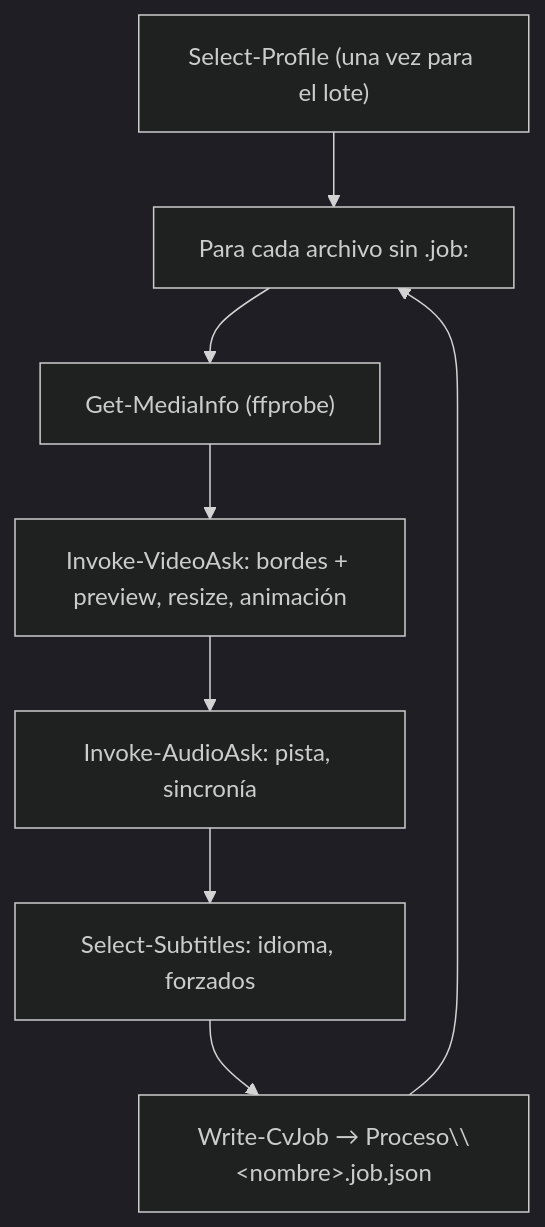
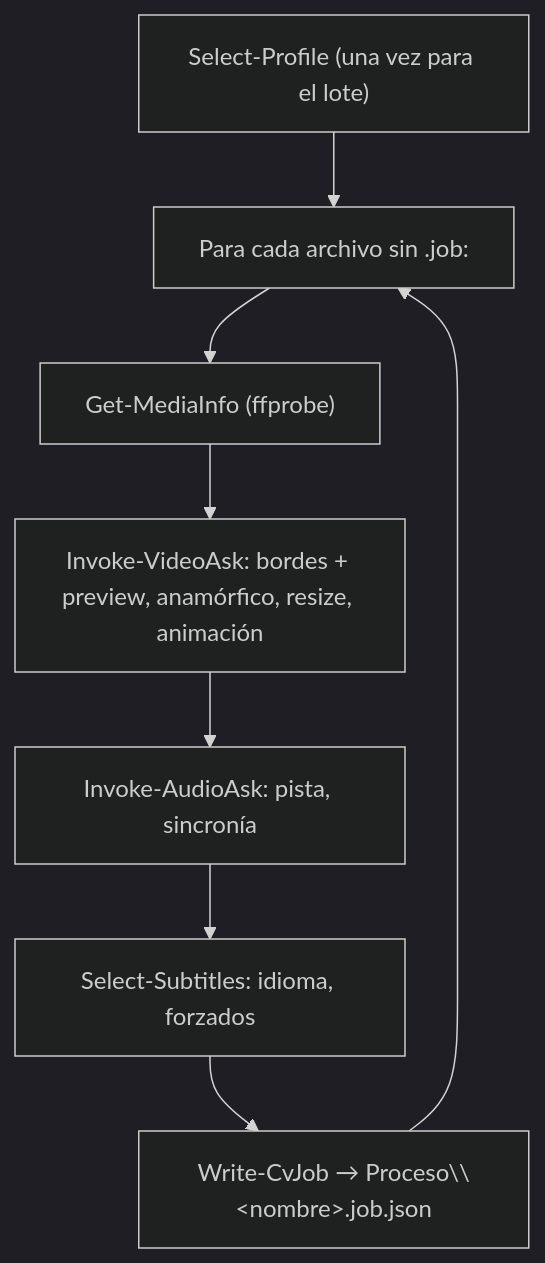
Before and after one commit to vsc55/ConversorVideoCMD: the third of 5 diagrams in docs/ref-flujo.md, drawn with Mermaid (dark theme). The commit also changed other lines of this file and 18 other files, not shown here.

````diff
--- a/docs/ref-flujo.md
+++ b/docs/ref-flujo.md
@@ -95,10 +95,10 @@
 ```mermaid
 flowchart TD
     P0["Select-Profile (una vez para el lote)"] --> P1["Para cada archivo sin .job:"]
     P1 --> P2["Get-MediaInfo (ffprobe)"]
-    P2 --> P3["Invoke-VideoAsk: bordes + preview, resize, animación"]
+    P2 --> P3["Invoke-VideoAsk: bordes + preview, anamórfico, resize, animación"]
     P3 --> P4["Invoke-AudioAsk: pista, sincronía"]
     P4 --> P5["Select-Subtitles: idioma, forzados"]
     P5 --> P6["Write-CvJob → Proceso\\&lt;nombre&gt;.job.json"]
     P6 --> P1
 ```
````
